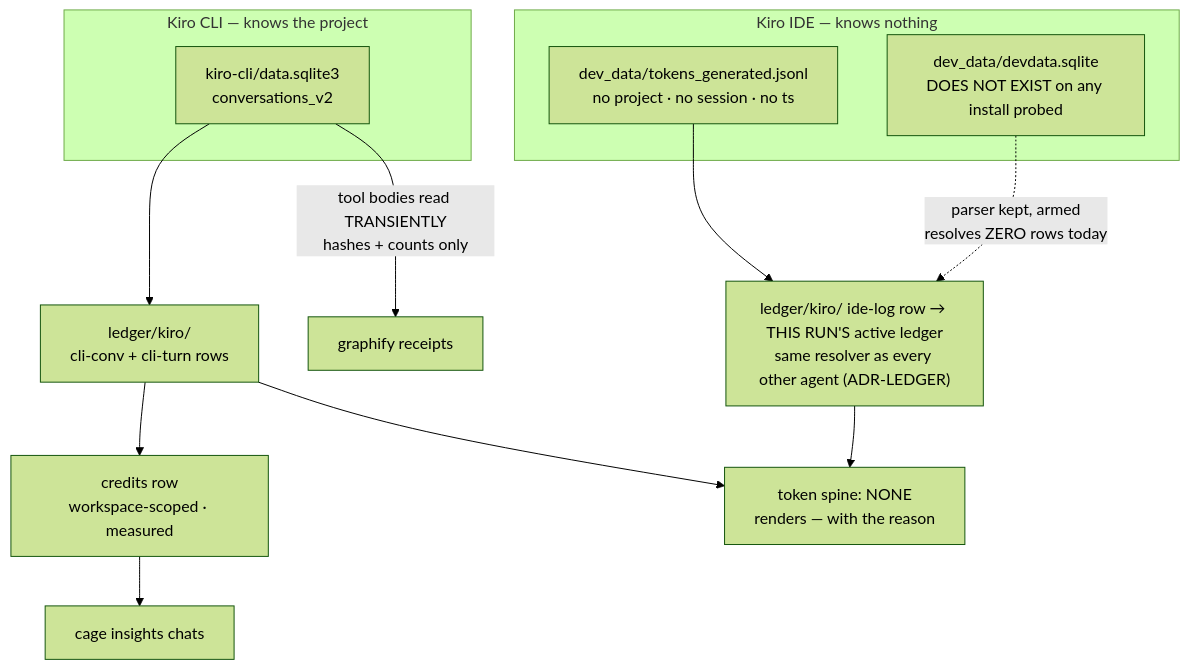
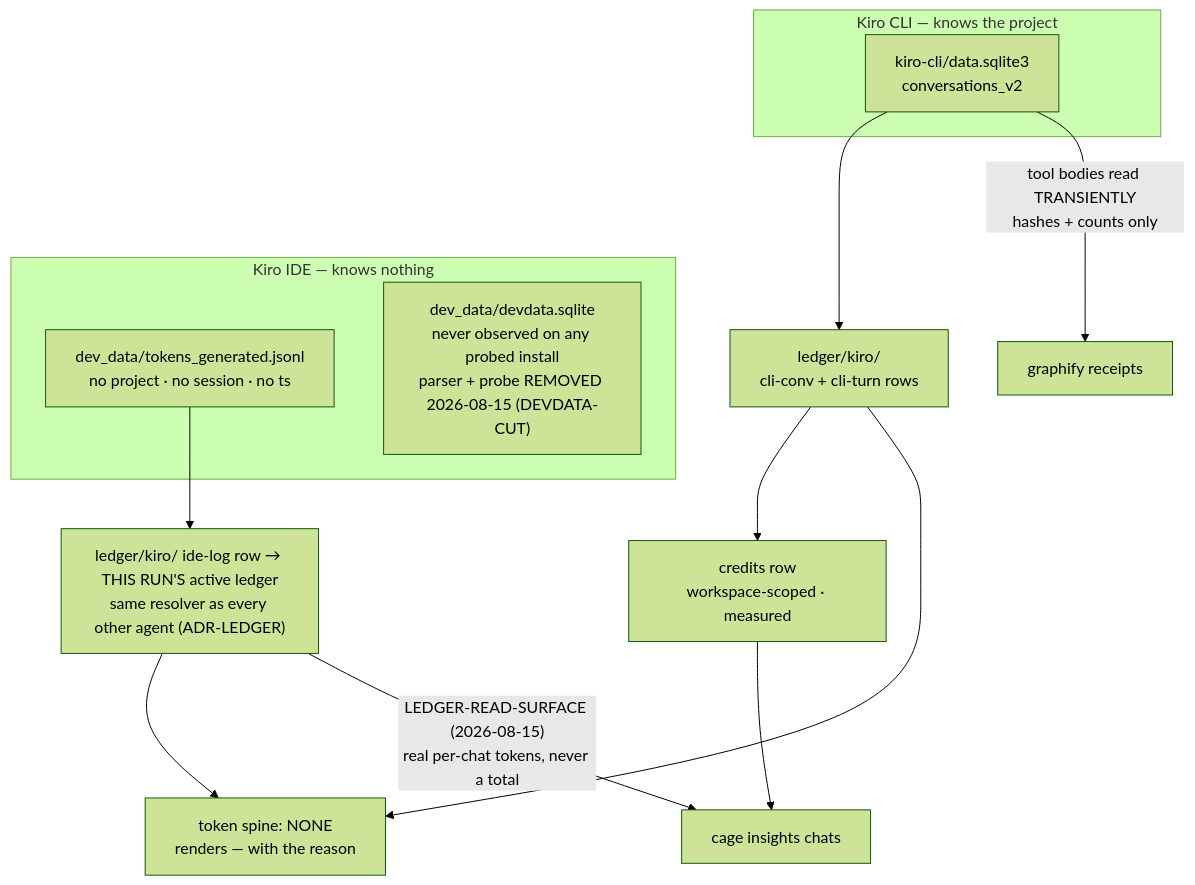
The diagram in docs/adr/0006_kiro.md (arpitarya/cage), drawn with Mermaid (forest theme) before and after one commit. The commit also changed other lines of this file and 29 other files, not shown here.

````diff
--- a/docs/adr/0006_kiro.md
+++ b/docs/adr/0006_kiro.md
@@ -48,18 +53,18 @@
 ```mermaid
 flowchart TD
     subgraph cli["Kiro CLI — knows the project"]
         DB["kiro-cli/data.sqlite3<br/>conversations_v2"]
     end
     subgraph ide["Kiro IDE — knows nothing"]
         JL["dev_data/tokens_generated.jsonl<br/>no project · no session · no ts"]
-        MISS["dev_data/devdata.sqlite<br/>DOES NOT EXIST on any install probed"]
+        SQ["dev_data/devdata.sqlite<br/>never observed on any probed install<br/>parser + probe REMOVED 2026-08-15 (DEVDATA-CUT)"]
     end
     DB --> KM["ledger/kiro/<br/>cli-conv + cli-turn rows"]
     KM --> CR["credits row<br/>workspace-scoped · measured"]
     DB -->|"tool bodies read TRANSIENTLY<br/>hashes + counts only"| GF["graphify receipts"]
     JL --> MC["ledger/kiro/ ide-log row → THIS RUN'S active ledger<br/>same resolver as every other agent (ADR-LEDGER)"]
-    MISS -.->|"parser kept, armed<br/>resolves ZERO rows today"| MC
     MC --> NS
     KM --> NS["token spine: NONE<br/>renders — with the reason"]
     CR --> V["cage insights chats"]
+    MC -->|"LEDGER-READ-SURFACE (2026-08-15)<br/>real per-chat tokens, never a total"| V
 ```
````
